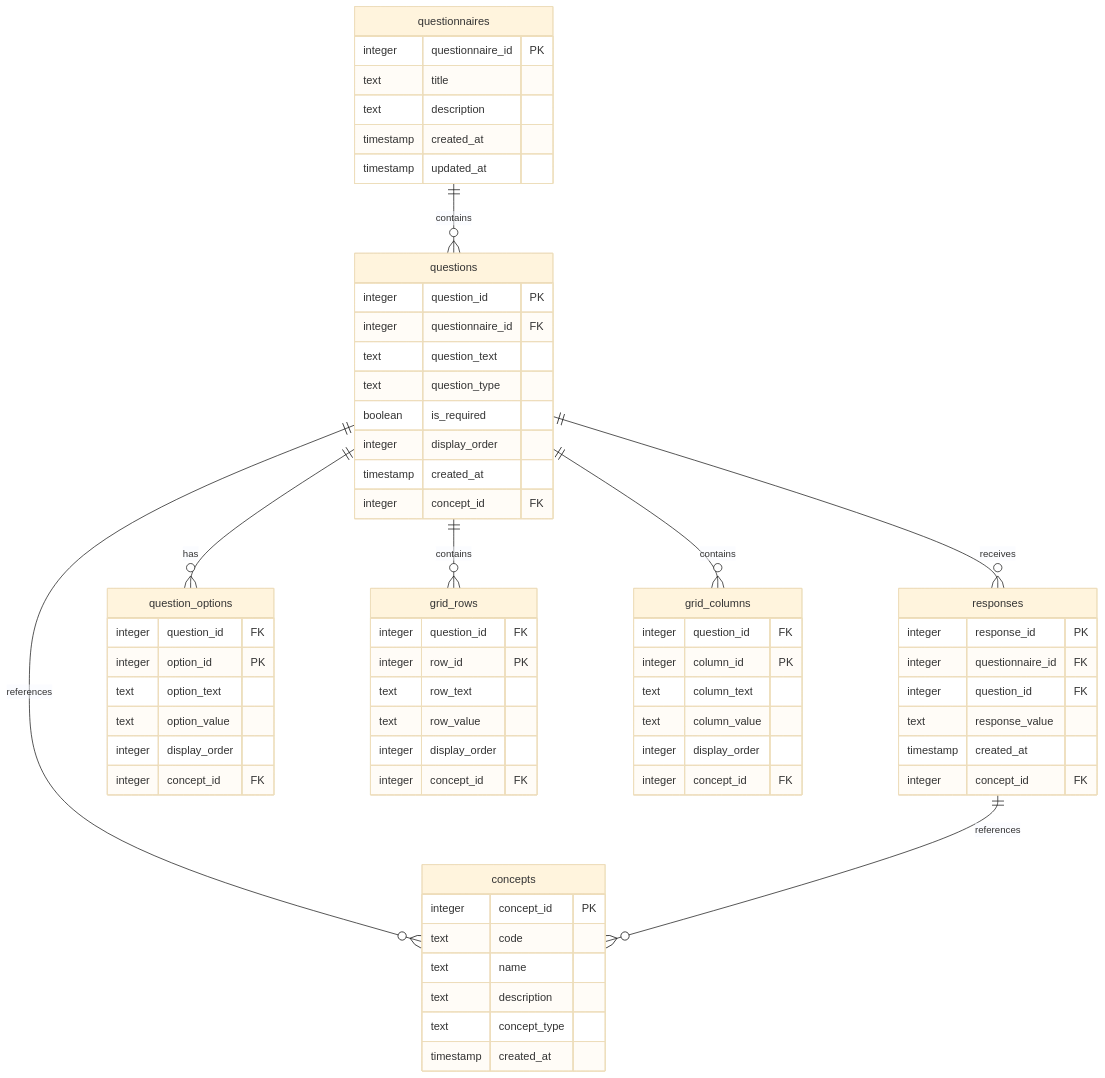
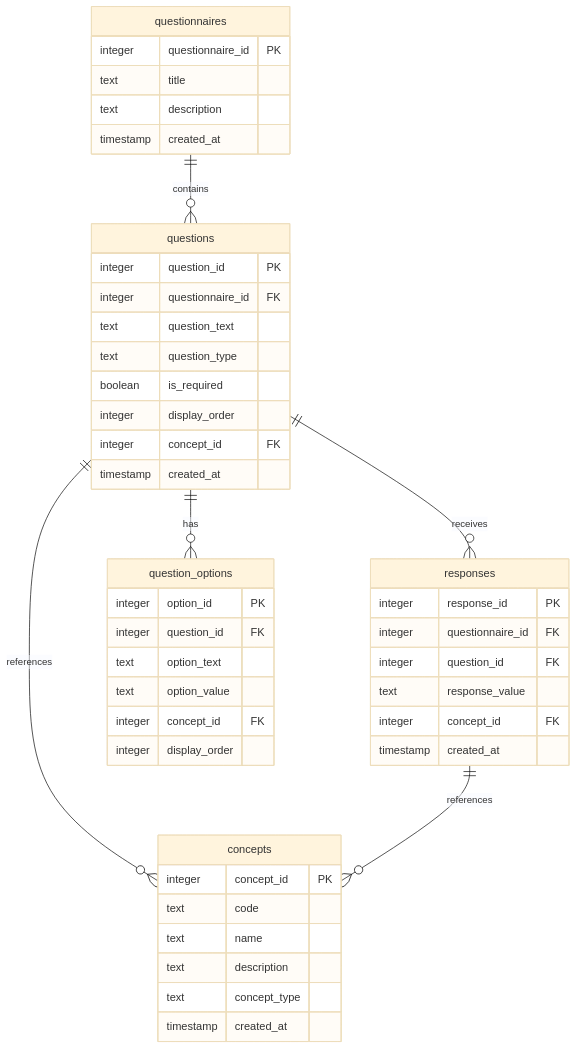
One commit to jacobmpeters/questSQL changed the second of 2 diagrams in README.md. Above: the diagram before and after it, drawn with Mermaid (base theme). The commit also changed other lines of this file, not shown here.

````diff
--- a/README.md
+++ b/README.md
@@ -433,74 +77,53 @@
 ```mermaid
 erDiagram
     questionnaires ||--o{ questions : contains
     questions ||--o{ responses : receives
     questions ||--o{ question_options : has
-    questions ||--o{ grid_rows : contains
-    questions ||--o{ grid_columns : contains
     questions ||--o{ concepts : references
     responses ||--o{ concepts : references
 
     questionnaires {
         integer questionnaire_id PK
         text title
         text description
         timestamp created_at
-        timestamp updated_at
     }
 
     questions {
         integer question_id PK
         integer questionnaire_id FK
         text question_text
         text question_type
         boolean is_required
         integer display_order
+        integer concept_id FK
         timestamp created_at
-        integer concept_id FK
     }
 
     responses {
         integer response_id PK
         integer questionnaire_id FK
         integer question_id FK
         text response_value
+        integer concept_id FK
         timestamp created_at
-        integer concept_id FK
     }
 
     question_options {
+        integer option_id PK
         integer question_id FK
-        integer option_id PK
         text option_text
         text option_value
+        integer concept_id FK
         integer display_order
-        integer concept_id FK
-    }
-
-    grid_rows {
-        integer question_id FK
-        integer row_id PK
-        text row_text
-        text row_value
-        integer display_order
-        integer concept_id FK
-    }
-
-    grid_columns {
-        integer question_id FK
-        integer column_id PK
-        text column_text
-        text column_value
-        integer display_order
-        integer concept_id FK
     }
 
     concepts {
         integer concept_id PK
         text code
         text name
         text description
         text concept_type
         timestamp created_at
     }
 ```
````
